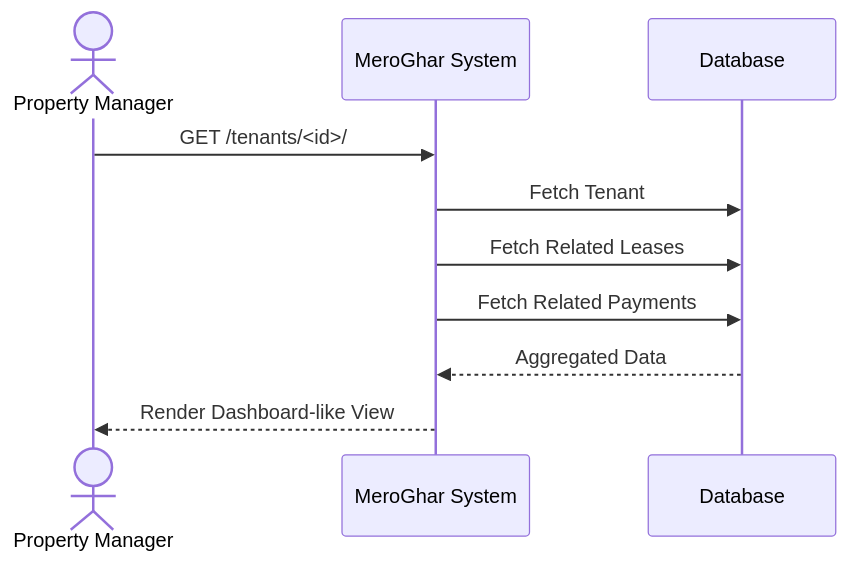
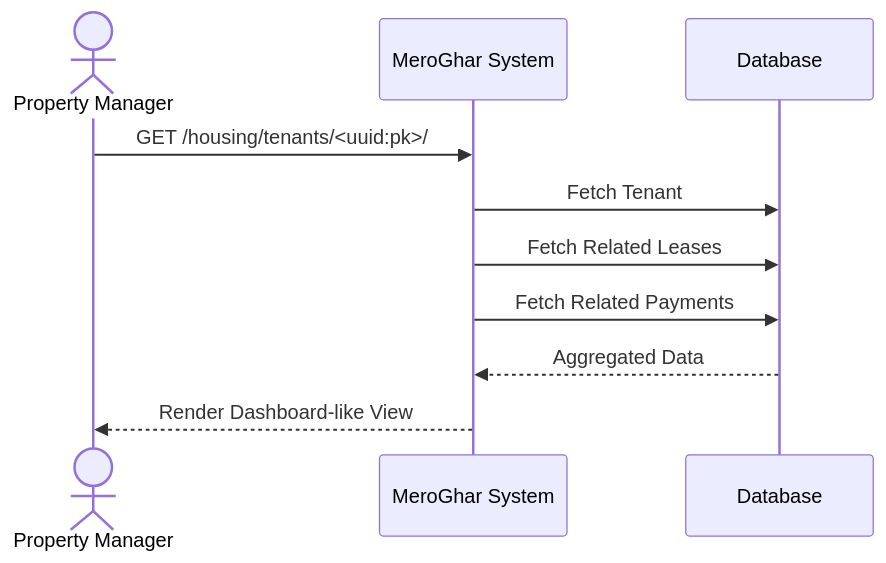
One commit to 0Ankit0/meroghar changed the fourth of 4 diagrams in docs/workflows/tenant.md. Above: the diagram before and after it, drawn with Mermaid. The commit also changed other lines of this file and 12 other files, not shown here.

````diff
--- a/docs/workflows/tenant.md
+++ b/docs/workflows/tenant.md
@@ -83,13 +83,13 @@
 ```mermaid
 sequenceDiagram
     actor Manager as Property Manager
     participant System as MeroGhar System
     participant DB as Database
 
-    Manager->>System: GET /tenants/<id>/
+    Manager->>System: GET /housing/tenants/<uuid:pk>/
     System->>DB: Fetch Tenant
     System->>DB: Fetch Related Leases
     System->>DB: Fetch Related Payments
     DB-->>System: Aggregated Data
     System-->>Manager: Render Dashboard-like View
 ```
````
